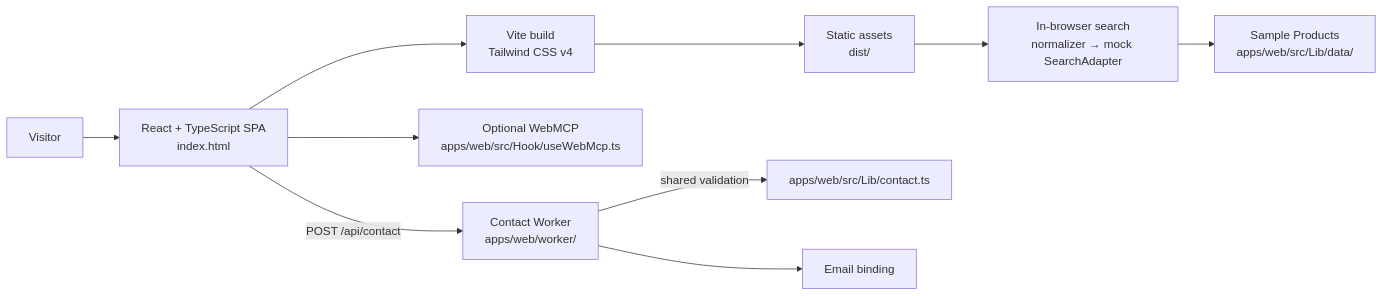
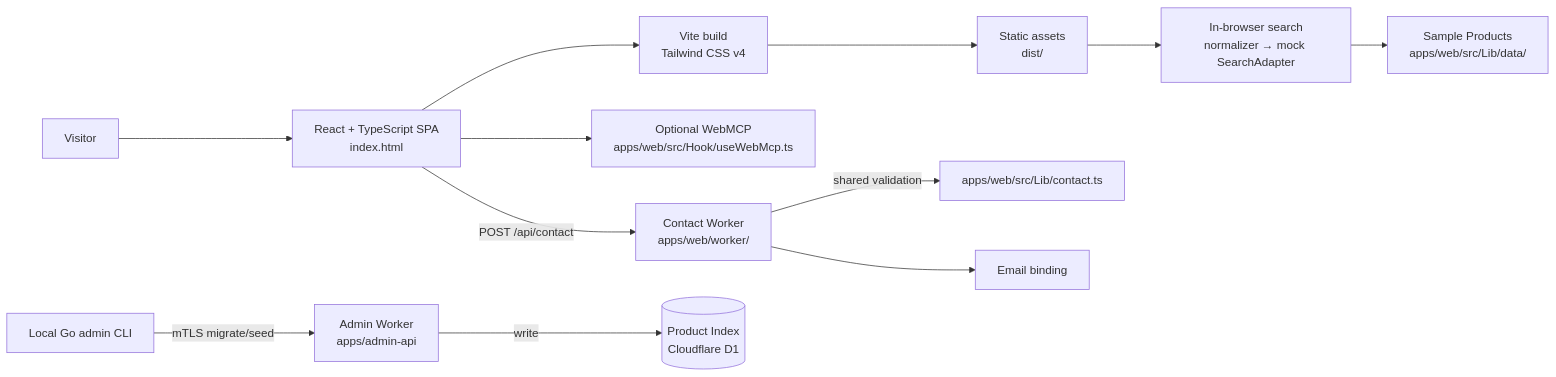
One commit to iskWang/taiwanhaul changed the first of 2 diagrams in docs/architecture.md. Above: the diagram before and after it, drawn with Mermaid. The commit also changed other lines of this file and 3 other files, not shown here.

Commit message:
Document admin Worker and D1 operations

````diff
--- a/docs/architecture.md
+++ b/docs/architecture.md
@@ -52,12 +56,14 @@
 ```mermaid
 flowchart LR
   Visitor --> HTML["React + TypeScript SPA<br/>index.html"]
   HTML --> Vite["Vite build<br/>Tailwind CSS v4"]
   Vite --> Dist["Static assets<br/>dist/"]
   Dist --> Search["In-browser search<br/>normalizer → mock SearchAdapter"]
   Search --> Sample["Sample Products<br/>apps/web/src/Lib/data/"]
   HTML --> WebMCP["Optional WebMCP<br/>apps/web/src/Hook/useWebMcp.ts"]
   HTML -->|POST /api/contact| Worker["Contact Worker<br/>apps/web/worker/"]
   Worker -->|shared validation| Contact["apps/web/src/Lib/contact.ts"]
   Worker --> Email["Email binding"]
+  AdminCLI["Local Go admin CLI"] -->|mTLS migrate/seed| Admin["Admin Worker<br/>apps/admin-api"]
+  Admin -->|write| D1[("Product Index<br/>Cloudflare D1")]
 ```
````
